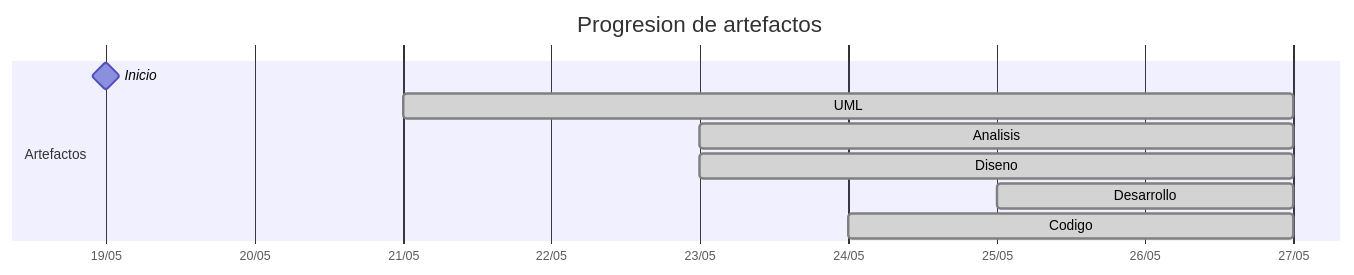
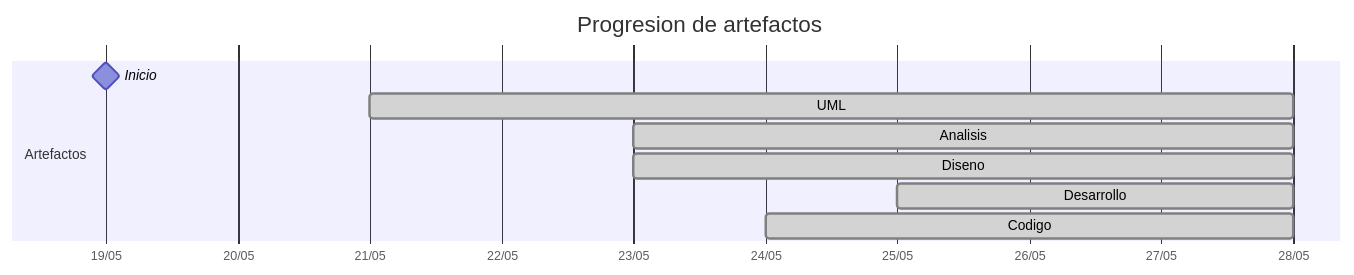
The diagram in TIMELINES/Camila-Lesly.md (carlos-alvarado-25/25-26-idsw2-sdVC), drawn with Mermaid before and after one commit. The commit also changed 12 other files, not shown here.

````diff
--- a/TIMELINES/Camila-Lesly.md
+++ b/TIMELINES/Camila-Lesly.md
@@ -16,13 +16,13 @@
 ```mermaid
 gantt
     title Progresion de artefactos
     dateFormat YYYY-MM-DD
     axisFormat %d/%m
     section Artefactos
         Inicio       :milestone, 2026-05-19, 0d
-        UML          :done, 2026-05-21, 2026-05-27
-        Analisis     :done, 2026-05-23, 2026-05-27
-        Diseno       :done, 2026-05-23, 2026-05-27
-        Desarrollo   :done, 2026-05-25, 2026-05-27
-        Codigo       :done, 2026-05-24, 2026-05-27
+        UML          :done, 2026-05-21, 2026-05-28
+        Analisis     :done, 2026-05-23, 2026-05-28
+        Diseno       :done, 2026-05-23, 2026-05-28
+        Desarrollo   :done, 2026-05-25, 2026-05-28
+        Codigo       :done, 2026-05-24, 2026-05-28
 ```
````
